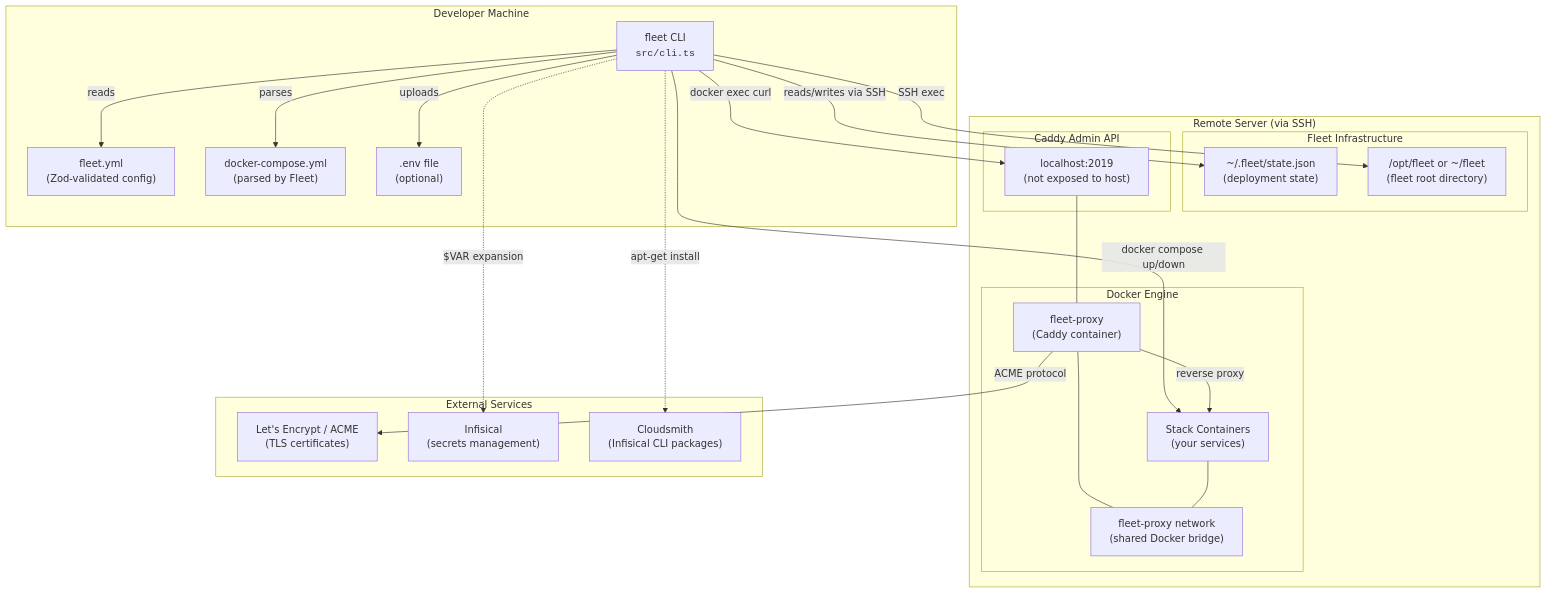
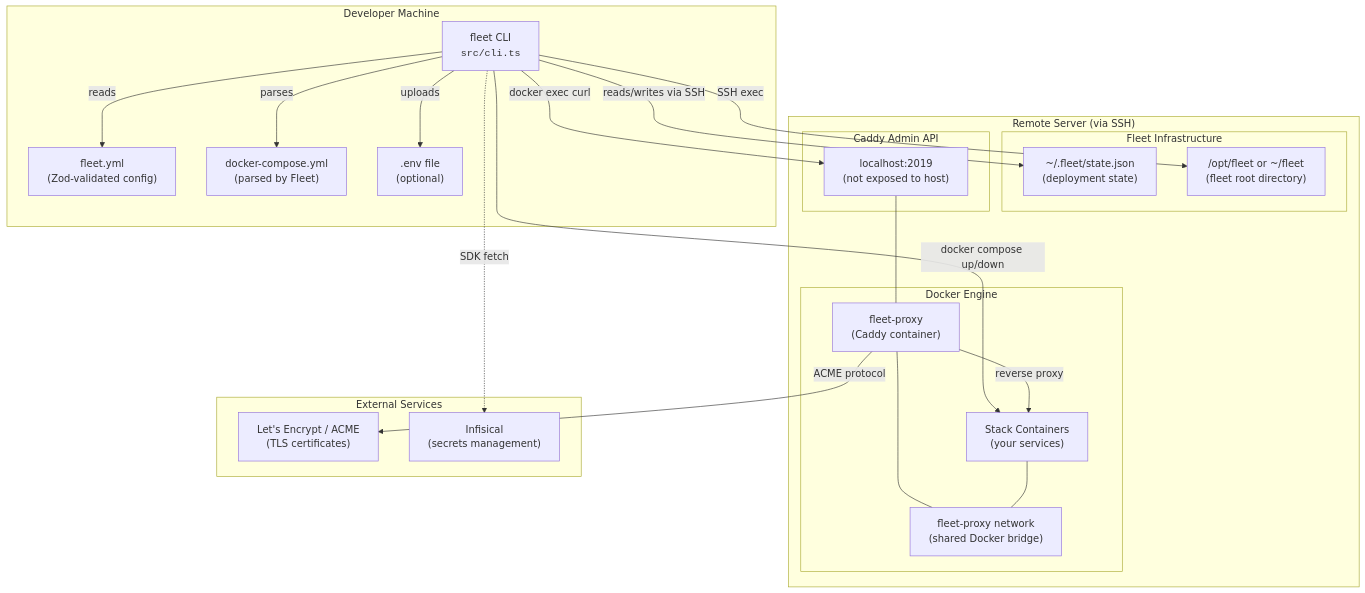
Before and after one commit to PatrickRuddiman/Fleet: the first of 5 diagrams in docs/architecture.md, drawn with Mermaid. The commit also changed other lines of this file and 95 other files, not shown here.

````diff
--- a/docs/architecture.md
+++ b/docs/architecture.md
@@ -21,50 +22,48 @@
 ```mermaid
 graph TB
     subgraph "Developer Machine"
         CLI["fleet CLI<br/><code>src/cli.ts</code>"]
         Config["fleet.yml<br/>(Zod-validated config)"]
         Compose["docker-compose.yml<br/>(parsed by Fleet)"]
         EnvFile[".env file<br/>(optional)"]
     end
 
     subgraph "Remote Server (via SSH)"
         subgraph "Fleet Infrastructure"
             State["~/.fleet/state.json<br/>(deployment state)"]
             FleetRoot["/opt/fleet or ~/fleet<br/>(fleet root directory)"]
         end
 
         subgraph "Docker Engine"
             CaddyContainer["fleet-proxy<br/>(Caddy container)"]
             StackContainers["Stack Containers<br/>(your services)"]
             FleetNetwork["fleet-proxy network<br/>(shared Docker bridge)"]
         end
 
         subgraph "Caddy Admin API"
             AdminAPI["localhost:2019<br/>(not exposed to host)"]
         end
     end
 
     subgraph "External Services"
         LetsEncrypt["Let's Encrypt / ACME<br/>(TLS certificates)"]
         Infisical["Infisical<br/>(secrets management)"]
-        Cloudsmith["Cloudsmith<br/>(Infisical CLI packages)"]
     end
 
     CLI -->|"SSH exec"| FleetRoot
     CLI -->|"reads"| Config
     CLI -->|"parses"| Compose
     CLI -->|"uploads"| EnvFile
 
     CLI -->|"reads/writes via SSH"| State
     CLI -->|"docker compose up/down"| StackContainers
     CLI -->|"docker exec curl"| AdminAPI
 
     CaddyContainer -->|"reverse proxy"| StackContainers
     CaddyContainer -->|"ACME protocol"| LetsEncrypt
     CaddyContainer --- FleetNetwork
     StackContainers --- FleetNetwork
     AdminAPI --- CaddyContainer
 
-    CLI -.->|"$VAR expansion"| Infisical
-    CLI -.->|"apt-get install"| Cloudsmith
+    CLI -.->|"SDK fetch"| Infisical
 ```
````
